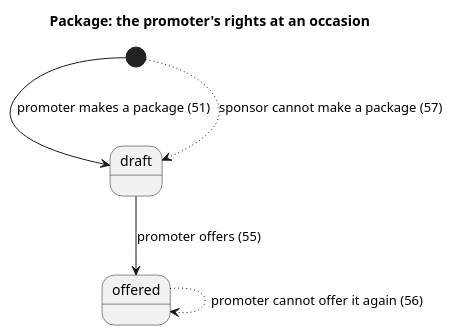
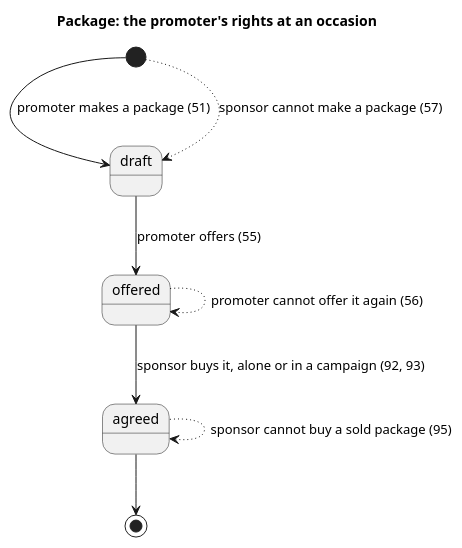
One commit to blueshed/dzql changed the diagram in uml/londons/src/package.puml. Above: the diagram before and after it, drawn with PlantUML. The commit also changed 10 other files, not shown here.

First line of the commit message:
londons: a package is sold alone or in a campaign, and either way it is agreed and gone from every other sponsor's market; nothing ended goes again -- a new one is made

```diff
--- a/uml/londons/src/package.puml
+++ b/uml/londons/src/package.puml
@@ -1,7 +1,10 @@
 @startuml
 title Package: the promoter's rights at an occasion
 [*] --> draft : promoter makes a package (51)
 draft --> offered : promoter offers (55)
 offered -[dotted]-> offered : promoter cannot offer it again (56)
 [*] -[dotted]-> draft : sponsor cannot make a package (57)
+offered --> agreed : sponsor buys it, alone or in a campaign (92, 93)
+agreed -[dotted]-> agreed : sponsor cannot buy a sold package (95)
+agreed --> [*]
 @enduml
```
